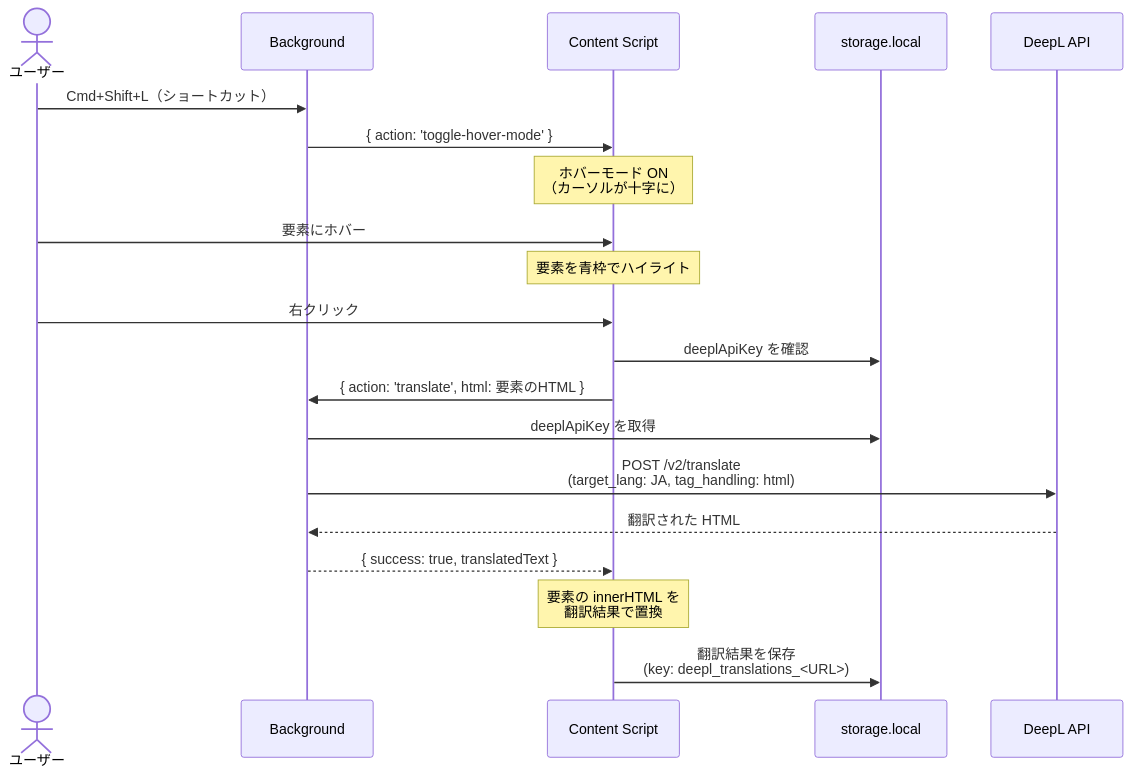
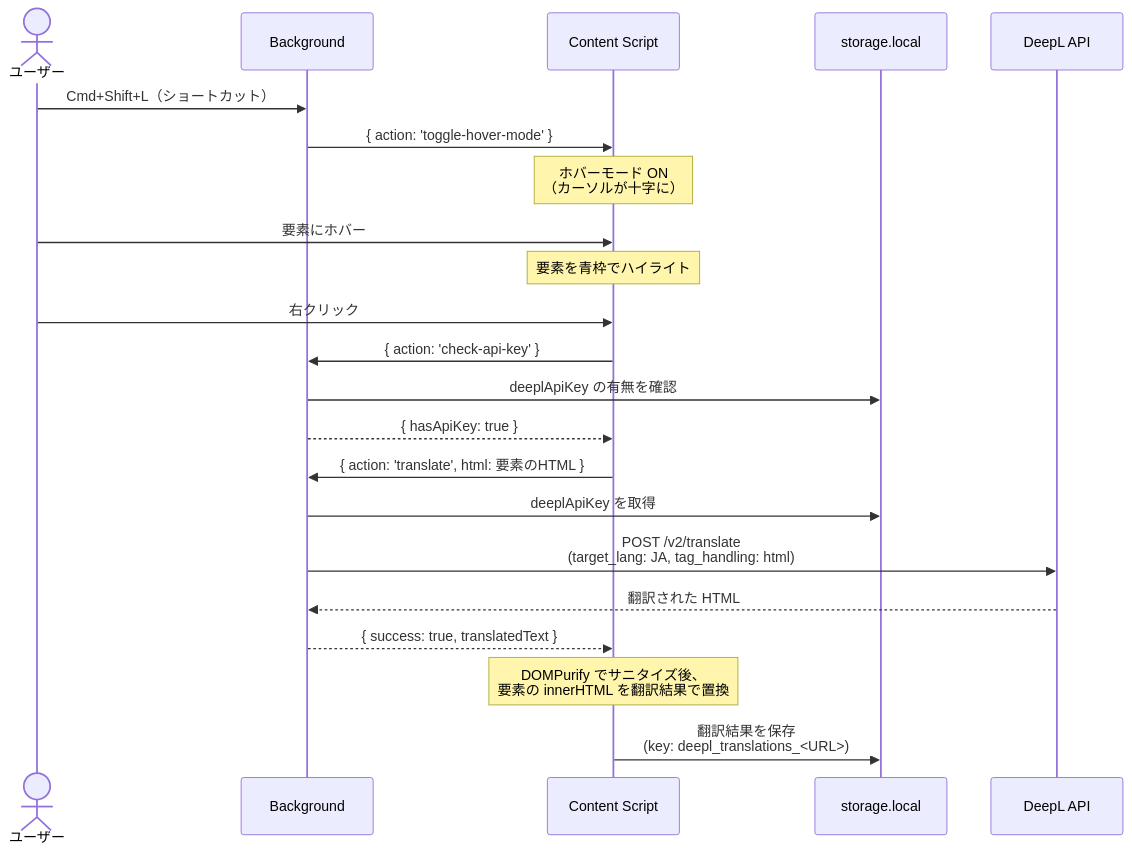
The second of 3 diagrams in README.md (shu-pf/deepl-chrome-extension), drawn with Mermaid before and after one commit. The commit also changed other lines of this file and 18 other files, not shown here.

````diff
--- a/README.md
+++ b/README.md
@@ -59,24 +60,26 @@
 ```mermaid
 sequenceDiagram
     actor User as ユーザー
     participant BG as Background
     participant CS as Content Script
     participant ST as storage.local
     participant API as DeepL API
 
     User->>BG: Cmd+Shift+L（ショートカット）
     BG->>CS: { action: 'toggle-hover-mode' }
     Note over CS: ホバーモード ON<br/>（カーソルが十字に）
 
     User->>CS: 要素にホバー
     Note over CS: 要素を青枠でハイライト
     User->>CS: 右クリック
-    CS->>ST: deeplApiKey を確認
+    CS->>BG: { action: 'check-api-key' }
+    BG->>ST: deeplApiKey の有無を確認
+    BG-->>CS: { hasApiKey: true }
     CS->>BG: { action: 'translate', html: 要素のHTML }
     BG->>ST: deeplApiKey を取得
     BG->>API: POST /v2/translate<br/>(target_lang: JA, tag_handling: html)
     API-->>BG: 翻訳された HTML
     BG-->>CS: { success: true, translatedText }
-    Note over CS: 要素の innerHTML を<br/>翻訳結果で置換
+    Note over CS: DOMPurify でサニタイズ後、<br/>要素の innerHTML を翻訳結果で置換
     CS->>ST: 翻訳結果を保存<br/>(key: deepl_translations_<URL>)
 ```
````
